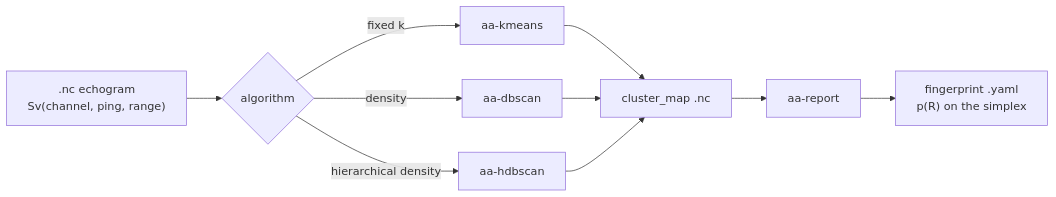
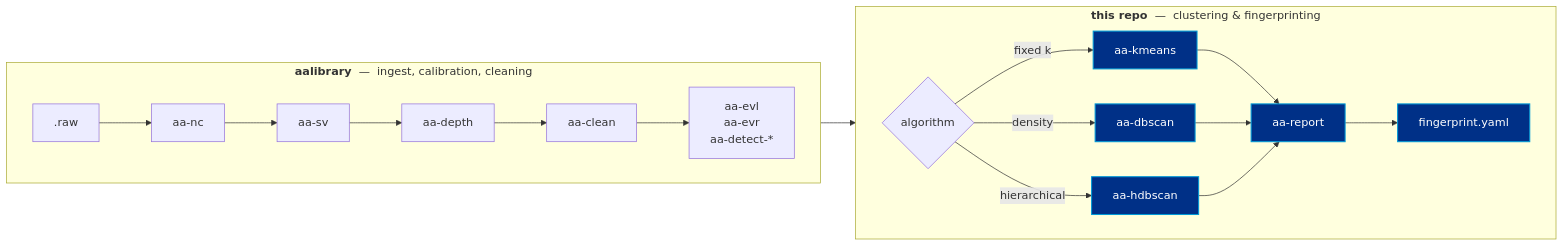
Before and after one commit to nmfs-ost/AA-SI_KMeans: the first of 2 diagrams in README.md, drawn with Mermaid. The commit also changed other lines of this file, not shown here.

````diff
--- a/README.md
+++ b/README.md
@@ -94,12 +153,23 @@
 ```mermaid
 flowchart LR
-    A[".nc echogram<br/>Sv(channel, ping, range)"] --> B{algorithm}
-    B -->|fixed k| K["aa-kmeans"]
-    B -->|density| D["aa-dbscan"]
-    B -->|hierarchical density| H["aa-hdbscan"]
-    K --> M["cluster_map .nc"]
-    D --> M
-    H --> M
-    M --> R["aa-report"]
-    R --> Y["fingerprint .yaml<br/>p(R) on the simplex"]
+    subgraph aalibrary [<b>aalibrary</b> &nbsp;&mdash;&nbsp; ingest, calibration, cleaning]
+      direction LR
+      RAW[".raw"] --> NC["aa-nc"] --> SV["aa-sv"]
+      SV --> DEPTH["aa-depth"] --> CLEAN["aa-clean"]
+      CLEAN --> MASK["aa-evl<br/>aa-evr<br/>aa-detect-*"]
+    end
+    subgraph clustering [<b>this repo</b> &nbsp;&mdash;&nbsp; clustering & fingerprinting]
+      direction LR
+      MASK --> CLUSTER{algorithm}
+      CLUSTER -->|fixed k| K["aa-kmeans"]
+      CLUSTER -->|density| D["aa-dbscan"]
+      CLUSTER -->|hierarchical| H["aa-hdbscan"]
+      K --> RPT["aa-report"]
+      D --> RPT
+      H --> RPT
+      RPT --> YAML["fingerprint.yaml"]
+    end
+
+    classDef ours fill:#003087,color:#FFFFFF,stroke:#0099D6,stroke-width:1.5px
+    class K,D,H,RPT,YAML ours
 ```
````
